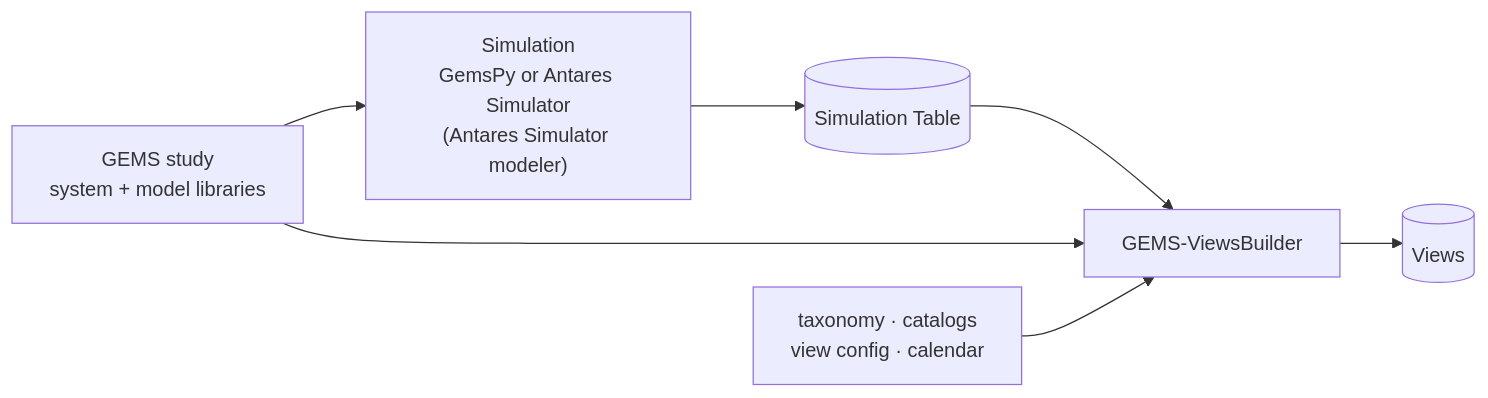
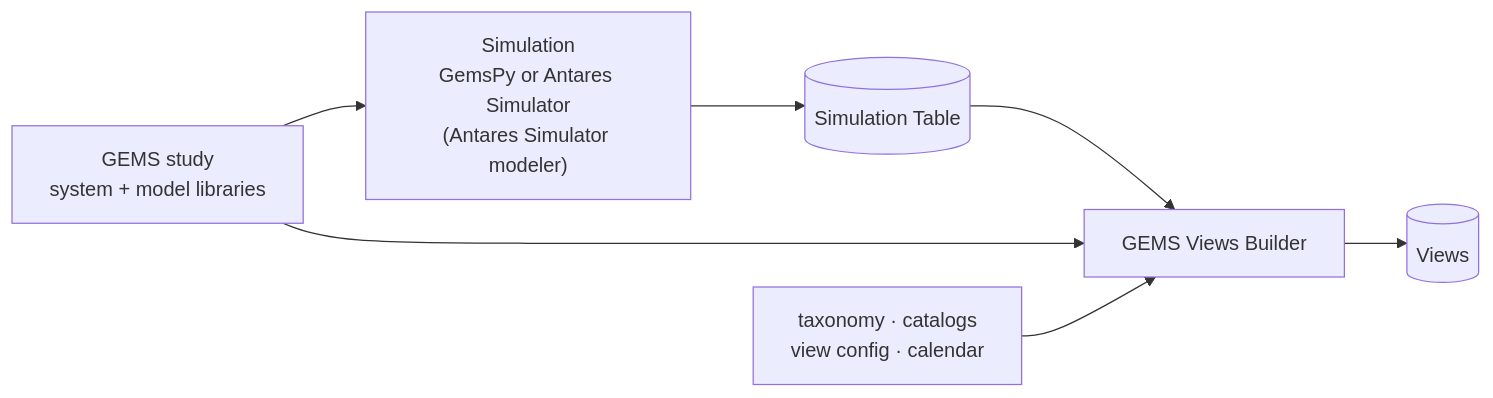
Before and after one commit to AntaresSimulatorTeam/GEMS-ViewsBuilder: the diagram in docs/index.md, drawn with Mermaid.

````diff
--- a/docs/index.md
+++ b/docs/index.md
@@ -11,9 +11,9 @@
 ```mermaid
 flowchart LR
     study["GEMS study<br/>system + model libraries"] --> sim["Simulation<br/>GemsPy or Antares Simulator<br/>(Antares Simulator modeler)"]
     sim --> st[("Simulation Table")]
-    st --> gvb["GEMS-ViewsBuilder"]
+    st --> gvb["GEMS Views Builder"]
     study --> gvb
     inputs["taxonomy · catalogs<br/>view config · calendar"] --> gvb
     gvb --> views[("Views")]
 ```
````
